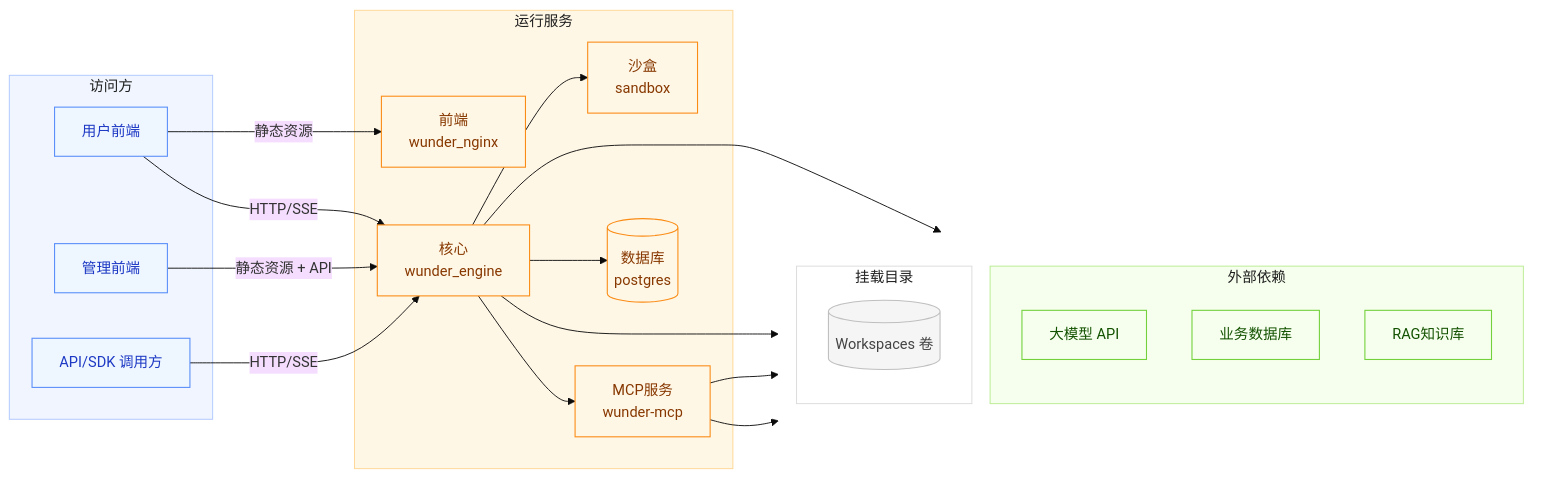
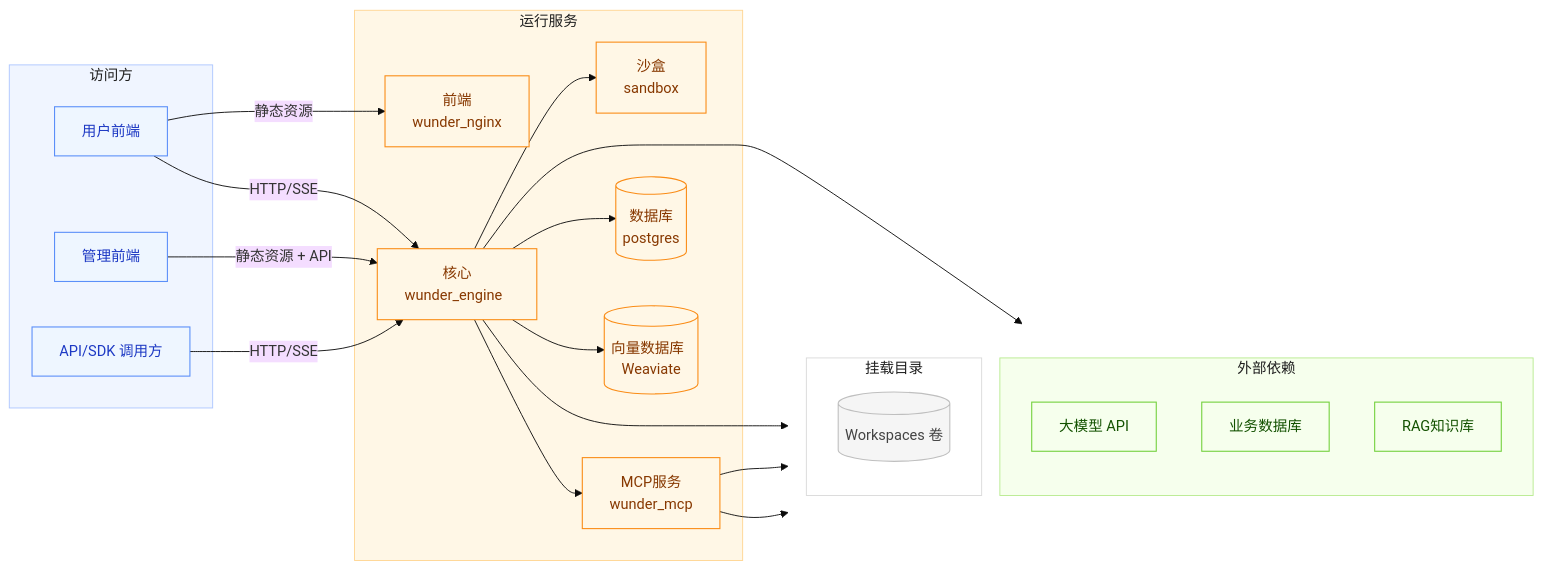
Before and after one commit to ylsdamxssjxxdd/wunder: the diagram in docs/diagrams/system-intro/07-deployment-topology.mmd, drawn with Mermaid (base theme). The commit also changed 29 other files, not shown here.

```diff
--- a/docs/diagrams/system-intro/07-deployment-topology.mmd
+++ b/docs/diagrams/system-intro/07-deployment-topology.mmd
@@ -1,56 +1,58 @@
 flowchart LR
   subgraph Clients["访问方"]
     UserUI["用户前端"]
     AdminUI["管理前端"]
     ApiClient["API/SDK 调用方"]
   end
 
   subgraph Runtime["运行服务"]
     Nginx["前端<br/>wunder_nginx"]
-    RustAPI["核心<br/>wunder_engine"]
+    RustAPI["核心<br/>wunder_engine&nbsp;&nbsp;"]
     Sandbox["沙盒<br/>sandbox"]
-    MCP["MCP服务<br/>wunder-mcp"]
+    MCP["MCP服务<br/>wunder_mcp"]
     PG[(数据库<br/>postgres)]
+    VectorDB[(向量数据库&nbsp;&nbsp;<br/>Weaviate)]
   end
 
   subgraph RightSide[" "]
     direction TB
     subgraph External["外部依赖"]
       LLM["大模型 API"]
       ExtDB["业务数据库"]
       KB["RAG知识库"]
     end
     subgraph Mounts["挂载目录"]
       WS[(Workspaces 卷)]
     end
   end
 
   UserUI -->|静态资源| Nginx
   UserUI -->|HTTP/SSE| RustAPI
   AdminUI -->|静态资源 + API| RustAPI
   ApiClient -->|HTTP/SSE| RustAPI
 
   RustAPI --> PG
+  RustAPI --> VectorDB
   RustAPI --> WS
   RustAPI --> LLM
   RustAPI --> Sandbox
   RustAPI --> MCP
 
   MCP --> ExtDB
   MCP --> KB
 
   classDef client fill:#eef6ff,stroke:#5b8ff9,stroke-width:1.2px,color:#1d39c4;
   classDef runtime fill:#fff7e6,stroke:#fa8c16,stroke-width:1.2px,color:#873800;
   classDef external fill:#f6ffed,stroke:#73d13d,stroke-width:1.2px,color:#135200;
   classDef volume fill:#f5f5f5,stroke:#bfbfbf,stroke-width:1.2px,color:#434343;
 
   class UserUI,AdminUI,ApiClient client;
-  class Nginx,RustAPI,Sandbox,MCP,PG runtime;
+  class Nginx,RustAPI,Sandbox,MCP,PG,VectorDB runtime;
   class LLM,ExtDB,KB external;
   class WS volume;
 
   style Clients fill:#f0f5ff,stroke:#adc6ff,stroke-width:1px,color:#1f1f1f;
   style Runtime fill:#fff7e6,stroke:#ffd591,stroke-width:1px,color:#1f1f1f;
   style External fill:#f6ffed,stroke:#b7eb8f,stroke-width:1px,color:#1f1f1f;
   style Mounts fill:#ffffff,stroke:#d9d9d9,stroke-width:1px,color:#1f1f1f;
   style RightSide fill:transparent,stroke:transparent,color:transparent;
```
